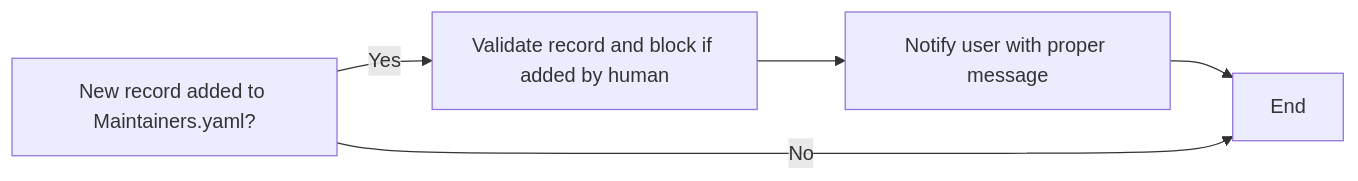
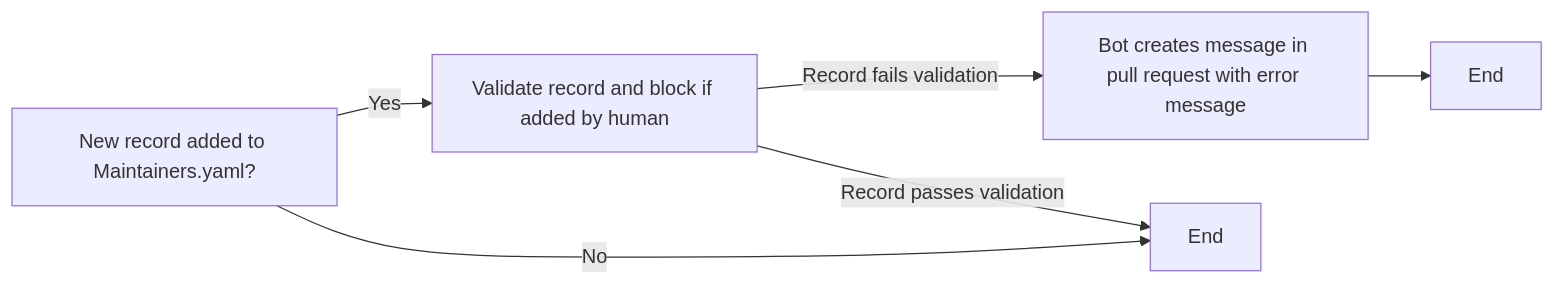
Before and after one commit to 14Richa/testRepo: the fourth of 12 diagrams in scripts/README.md, drawn with Mermaid. The commit also changed other lines of this file, not shown here.

````diff
--- a/scripts/README.md
+++ b/scripts/README.md
@@ -57,7 +57,8 @@
 ```mermaid
 graph LR;
-A[New record added to Maintainers.yaml?] --> |Yes| B[Validate record and block if added by human];
-B --> C[Notify user with proper message];
+A[New record added to Maintainers.yaml?] -->|Yes| B[Validate record and block if added by human];
+B -->|Record fails validation| C[Bot creates message in pull request with error message];
 C --> D[End];
-A --> |No| D[End];
+B -->|Record passes validation| E[End];
+A -->|No| E[End];
 ```
````
